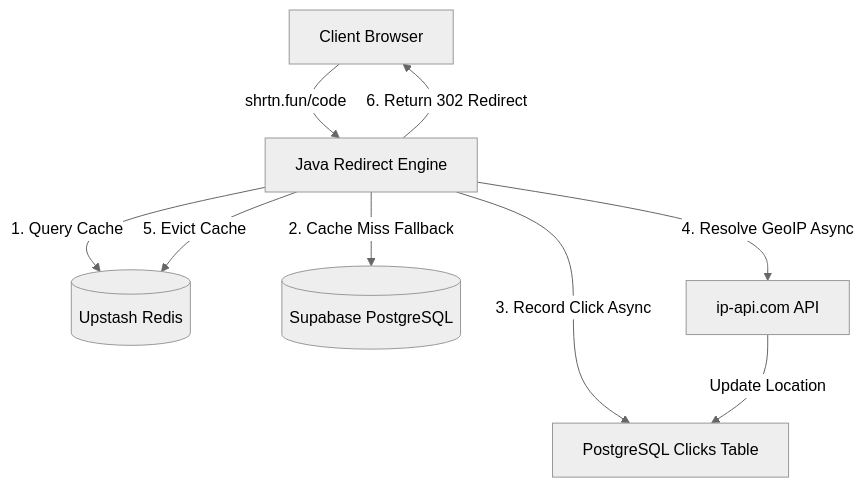
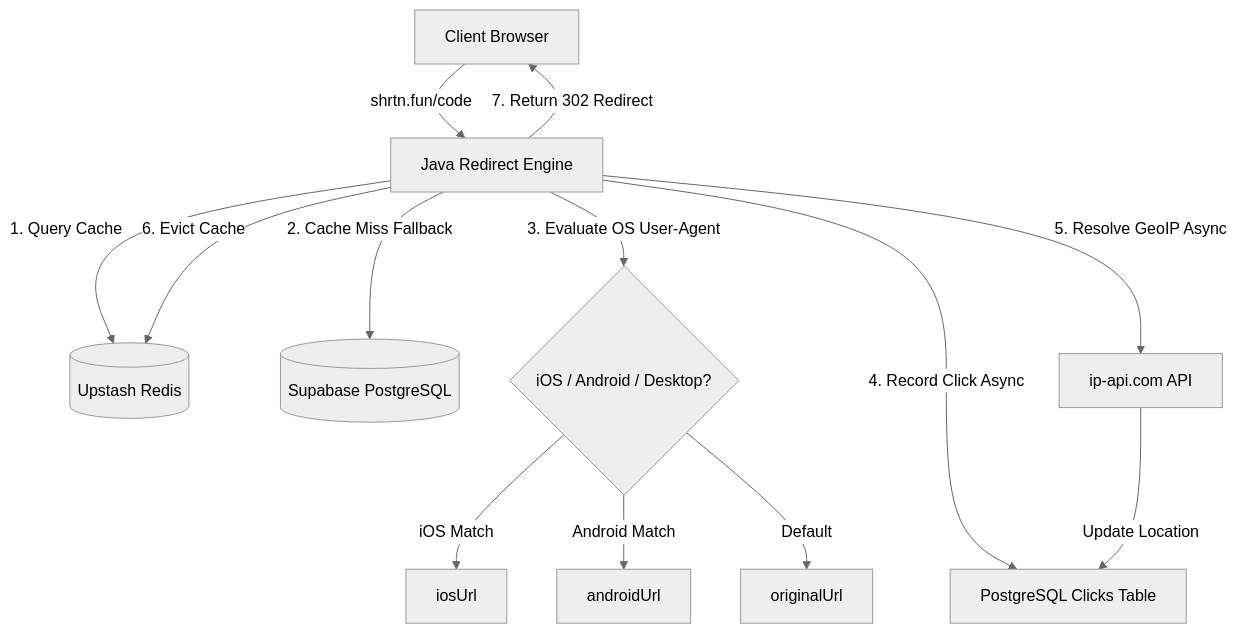
The diagram in agy.md (CharanMunur/shrtn), drawn with Mermaid (neutral theme) before and after one commit. The commit also changed other lines of this file and 3 other files, not shown here.

Commit message:
docs: update client, server, root READMEs and agy.md architecture docs

````diff
--- a/agy.md
+++ b/agy.md
@@ -9,11 +9,15 @@
 ```mermaid
 graph TD
     Client[Client Browser] -->|shrtn.fun/code| RedirectEngine[Java Redirect Engine]
     RedirectEngine -->|1. Query Cache| Redis[(Upstash Redis)]
     RedirectEngine -->|2. Cache Miss Fallback| Postgres[(Supabase PostgreSQL)]
-    RedirectEngine -->|3. Record Click Async| DBWrite[PostgreSQL Clicks Table]
-    RedirectEngine -->|4. Resolve GeoIP Async| IPAPI[ip-api.com API]
+    RedirectEngine -->|3. Evaluate OS User-Agent| DeviceRouting{iOS / Android / Desktop?}
+    DeviceRouting -->|iOS Match| TargetIOS[iosUrl]
+    DeviceRouting -->|Android Match| TargetAndroid[androidUrl]
+    DeviceRouting -->|Default| TargetWeb[originalUrl]
+    RedirectEngine -->|4. Record Click Async| DBWrite[PostgreSQL Clicks Table]
+    RedirectEngine -->|5. Resolve GeoIP Async| IPAPI[ip-api.com API]
     IPAPI -->|Update Location| DBWrite
-    RedirectEngine -->|5. Evict Cache| Redis
-    RedirectEngine -->|6. Return 302 Redirect| Client
+    RedirectEngine -->|6. Evict Cache| Redis
+    RedirectEngine -->|7. Return 302 Redirect| Client
 ```
````
